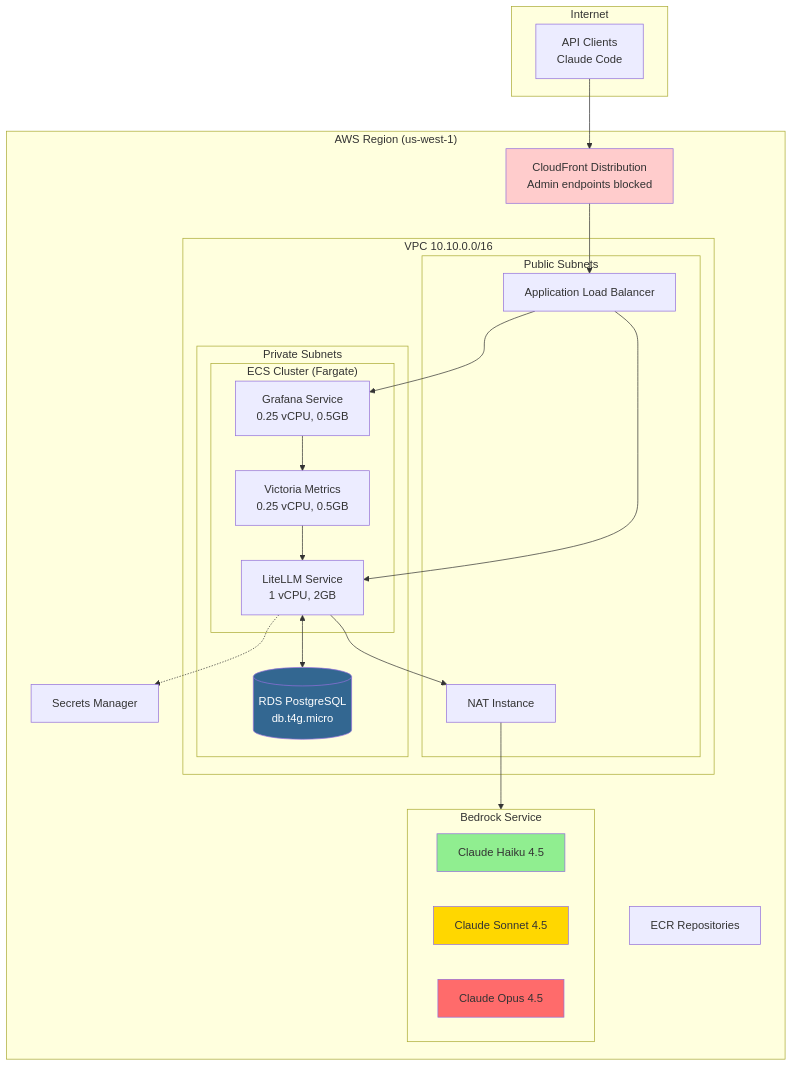
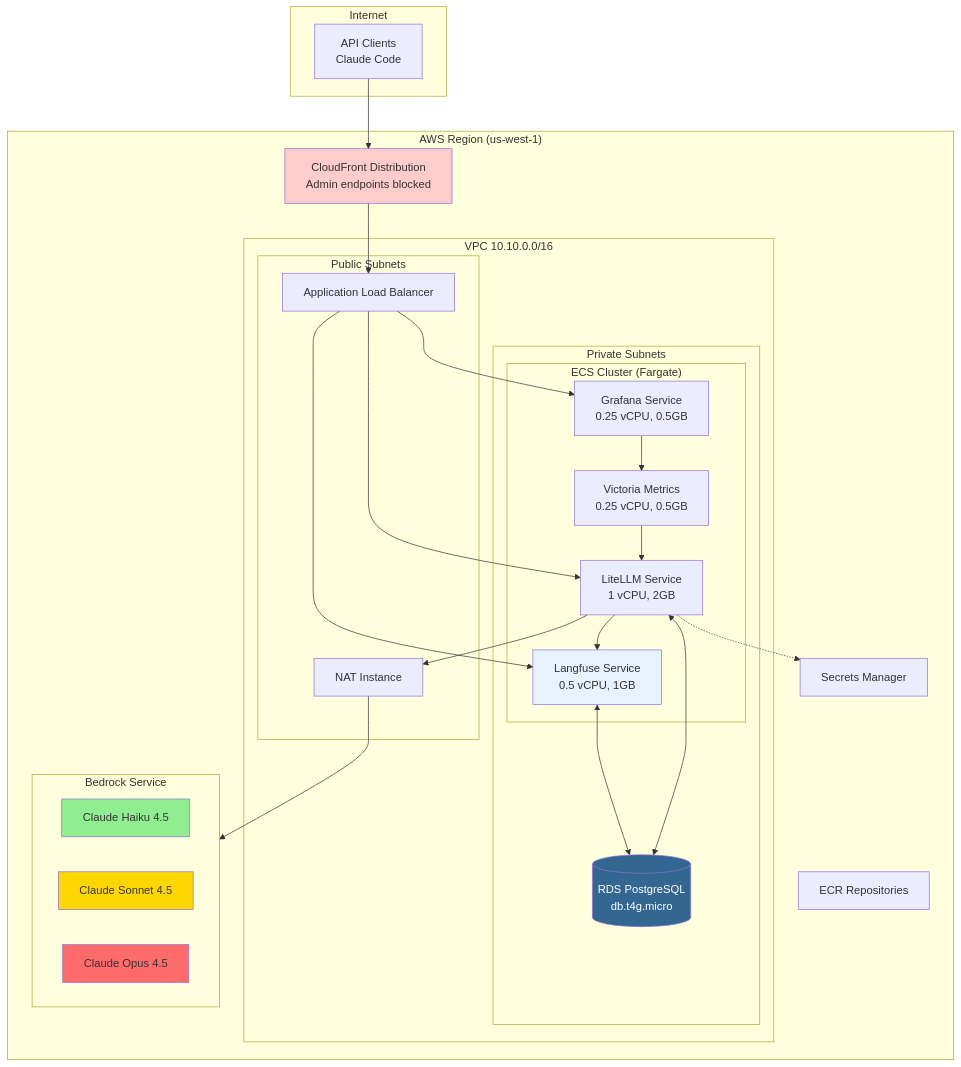
Before and after one commit to lorenzogirardi/gw_llm: the fifth of 8 diagrams in docs/architecture/c4-architecture.md, drawn with Mermaid. The commit also changed other lines of this file and 1 other file, not shown here.

First line of the commit message:
docs: update architecture and user management documentation

````diff
--- a/docs/architecture/c4-architecture.md
+++ b/docs/architecture/c4-architecture.md
@@ -155,53 +165,58 @@
 ```mermaid
 flowchart TB
     subgraph Internet
         client[API Clients<br/>Claude Code]
     end
 
     subgraph AWS["AWS Region (us-west-1)"]
         cf[CloudFront Distribution<br/>Admin endpoints blocked]
 
         subgraph VPC["VPC 10.10.0.0/16"]
             subgraph public["Public Subnets"]
                 alb[Application Load Balancer]
                 nat[NAT Instance]
             end
 
             subgraph private["Private Subnets"]
                 subgraph ECS["ECS Cluster (Fargate)"]
                     litellm[LiteLLM Service<br/>1 vCPU, 2GB]
+                    langfuse[Langfuse Service<br/>0.5 vCPU, 1GB]
                     grafana[Grafana Service<br/>0.25 vCPU, 0.5GB]
                     victoria[Victoria Metrics<br/>0.25 vCPU, 0.5GB]
                 end
 
                 rds[(RDS PostgreSQL<br/>db.t4g.micro)]
             end
         end
 
         subgraph bedrock["Bedrock Service"]
             haiku[Claude Haiku 4.5]
             sonnet[Claude Sonnet 4.5]
             opus[Claude Opus 4.5]
         end
 
         secrets[Secrets Manager]
         ecr[ECR Repositories]
     end
 
     client --> cf
     cf --> alb
     alb --> litellm
+    alb --> langfuse
     alb --> grafana
     litellm --> nat
     nat --> bedrock
     litellm <--> rds
+    litellm --> langfuse
+    langfuse <--> rds
     litellm -.-> secrets
     victoria --> litellm
     grafana --> victoria
 
     style haiku fill:#90EE90
     style sonnet fill:#FFD700
     style opus fill:#FF6B6B
     style rds fill:#336791,color:#fff
     style cf fill:#ffcccc
+    style langfuse fill:#e6f3ff
 ```
````
